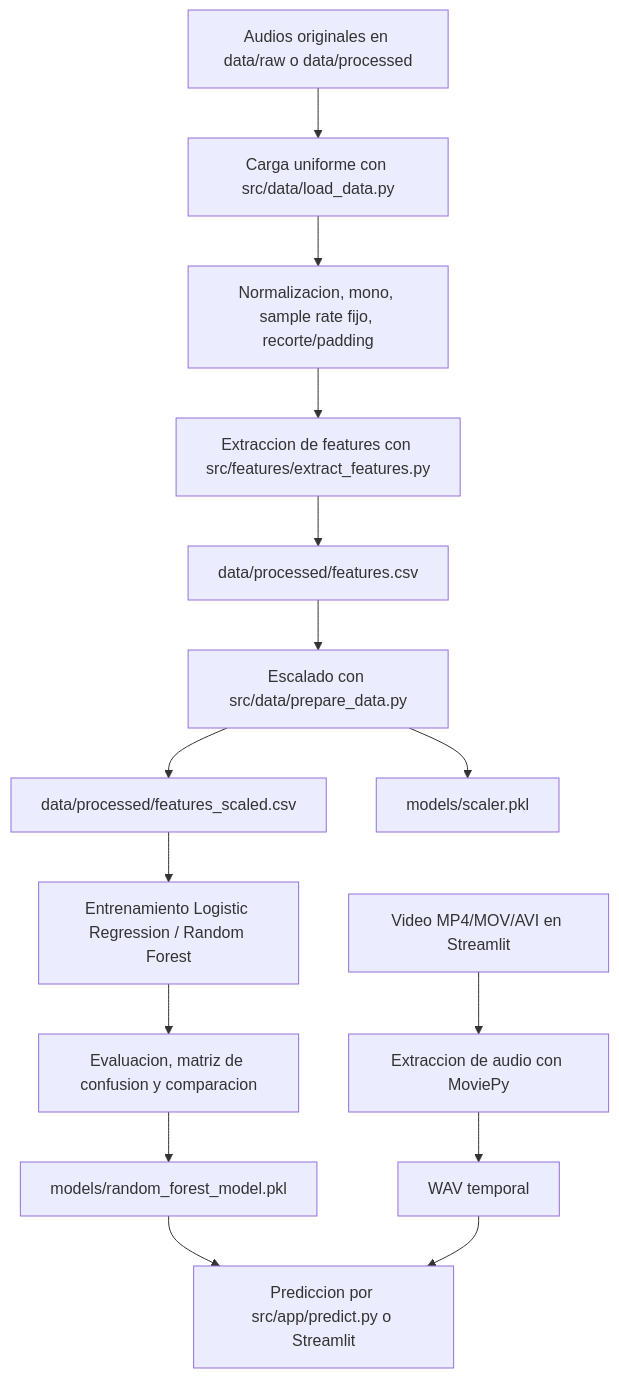
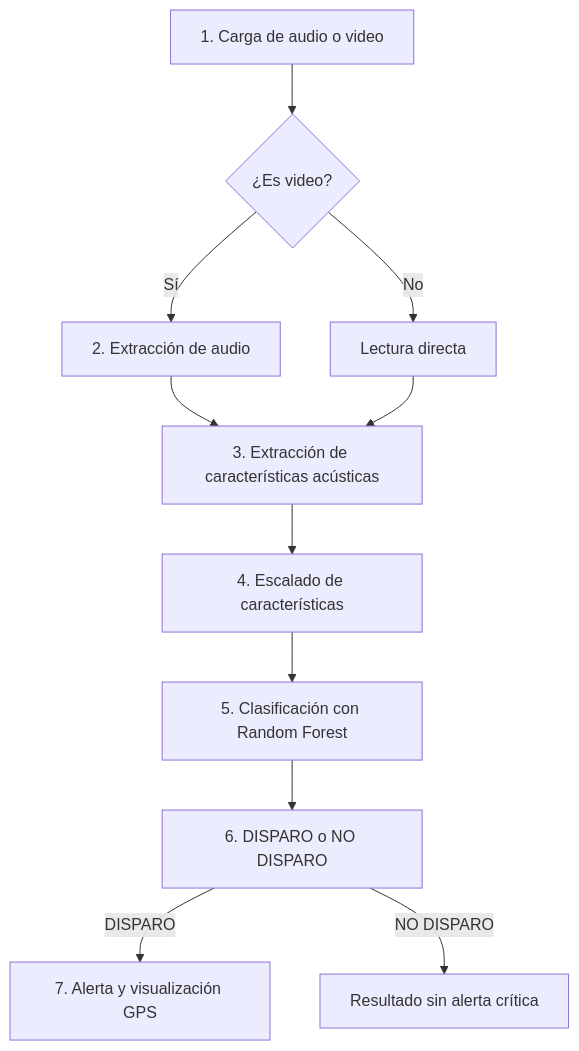
One commit to Levanxx/SAPO-AI changed the diagram in docs/documentacion_completa.md. Above: the diagram before and after it, drawn with Mermaid. The commit also changed other lines of this file and 8 other files, not shown here.

````diff
--- a/docs/documentacion_completa.md
+++ b/docs/documentacion_completa.md
@@ -74,17 +62,13 @@
 ```mermaid
 flowchart TD
-    A["Audios originales en data/raw o data/processed"] --> B["Carga uniforme con src/data/load_data.py"]
-    B --> C["Normalizacion, mono, sample rate fijo, recorte/padding"]
-    C --> D["Extraccion de features con src/features/extract_features.py"]
-    D --> E["data/processed/features.csv"]
-    E --> F["Escalado con src/data/prepare_data.py"]
-    F --> G["data/processed/features_scaled.csv"]
-    F --> H["models/scaler.pkl"]
-    G --> I["Entrenamiento Logistic Regression / Random Forest"]
-    I --> J["Evaluacion, matriz de confusion y comparacion"]
-    J --> K["models/random_forest_model.pkl"]
-    K --> L["Prediccion por src/app/predict.py o Streamlit"]
-    M["Video MP4/MOV/AVI en Streamlit"] --> N["Extraccion de audio con MoviePy"]
-    N --> O["WAV temporal"]
-    O --> L
+    A["1. Carga de audio o video"] --> B{"¿Es video?"}
+    B -->|Sí| C["2. Extracción de audio"]
+    B -->|No| D["Lectura directa"]
+    C --> E["3. Extracción de características acústicas"]
+    D --> E
+    E --> F["4. Escalado de características"]
+    F --> G["5. Clasificación con Random Forest"]
+    G --> H["6. DISPARO o NO DISPARO"]
+    H -->|DISPARO| I["7. Alerta y visualización GPS"]
+    H -->|NO DISPARO| J["Resultado sin alerta crítica"]
 ```
````
